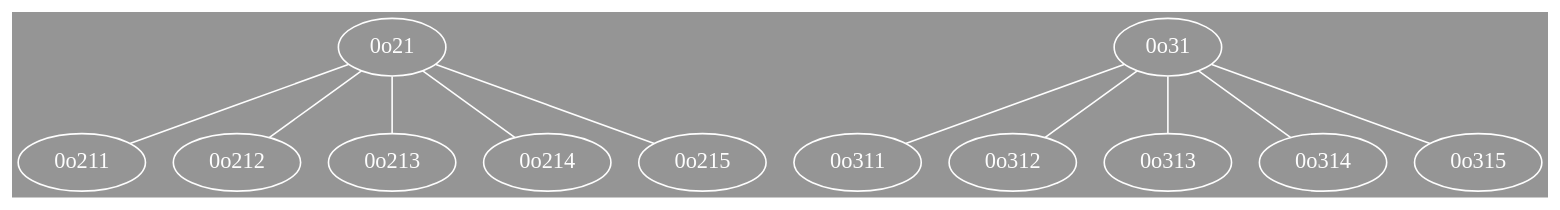
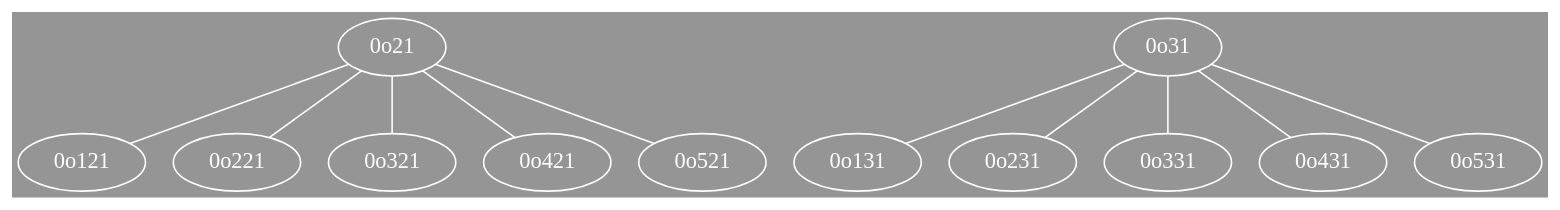
Before and after one commit to nRF24/CircuitPython_nRF24L01: the third of 3 diagrams in docs/network_docs/topology.rst, drawn with Graphviz. The commit also changed other lines of this file, not shown here.

Commit message:
fix topology graphs

```diff
--- a/docs/network_docs/topology.rst
+++ b/docs/network_docs/topology.rst
@@ -59,28 +59,28 @@
 .. graphviz::
     :caption: Network Level 2 (demonstrating only 2 child nodes as parents)
 
     digraph "NetworkTopology2" {
         bgcolor="#39393988";
         "0o21" [fontcolor="#FEFEFE" color="#FEFEFE"];
         "0o31" [fontcolor="#FEFEFE" color="#FEFEFE"];
-        "0o211" [fontcolor="#FEFEFE" color="#FEFEFE"];
-        "0o212" [fontcolor="#FEFEFE" color="#FEFEFE"];
-        "0o213" [fontcolor="#FEFEFE" color="#FEFEFE"];
-        "0o214" [fontcolor="#FEFEFE" color="#FEFEFE"];
-        "0o215" [fontcolor="#FEFEFE" color="#FEFEFE"];
-        "0o311" [fontcolor="#FEFEFE" color="#FEFEFE"];
-        "0o312" [fontcolor="#FEFEFE" color="#FEFEFE"];
-        "0o313" [fontcolor="#FEFEFE" color="#FEFEFE"];
-        "0o314" [fontcolor="#FEFEFE" color="#FEFEFE"];
-        "0o315" [fontcolor="#FEFEFE" color="#FEFEFE"];
-        "0o21" -> "0o211"  [arrowhead=none color="#FEFEFE"];
-        "0o21" -> "0o212"  [arrowhead=none color="#FEFEFE"];
-        "0o21" -> "0o213"  [arrowhead=none color="#FEFEFE"];
-        "0o21" -> "0o214"  [arrowhead=none color="#FEFEFE"];
-        "0o21" -> "0o215"  [arrowhead=none color="#FEFEFE"];
-        "0o31" -> "0o311"  [arrowhead=none color="#FEFEFE"];
-        "0o31" -> "0o312"  [arrowhead=none color="#FEFEFE"];
-        "0o31" -> "0o313"  [arrowhead=none color="#FEFEFE"];
-        "0o31" -> "0o314"  [arrowhead=none color="#FEFEFE"];
-        "0o31" -> "0o315"  [arrowhead=none color="#FEFEFE"];
+        "0o121" [fontcolor="#FEFEFE" color="#FEFEFE"];
+        "0o221" [fontcolor="#FEFEFE" color="#FEFEFE"];
+        "0o321" [fontcolor="#FEFEFE" color="#FEFEFE"];
+        "0o421" [fontcolor="#FEFEFE" color="#FEFEFE"];
+        "0o521" [fontcolor="#FEFEFE" color="#FEFEFE"];
+        "0o131" [fontcolor="#FEFEFE" color="#FEFEFE"];
+        "0o231" [fontcolor="#FEFEFE" color="#FEFEFE"];
+        "0o331" [fontcolor="#FEFEFE" color="#FEFEFE"];
+        "0o431" [fontcolor="#FEFEFE" color="#FEFEFE"];
+        "0o531" [fontcolor="#FEFEFE" color="#FEFEFE"];
+        "0o21" -> "0o121"  [arrowhead=none color="#FEFEFE"];
+        "0o21" -> "0o221"  [arrowhead=none color="#FEFEFE"];
+        "0o21" -> "0o321"  [arrowhead=none color="#FEFEFE"];
+        "0o21" -> "0o421"  [arrowhead=none color="#FEFEFE"];
+        "0o21" -> "0o521"  [arrowhead=none color="#FEFEFE"];
+        "0o31" -> "0o131"  [arrowhead=none color="#FEFEFE"];
+        "0o31" -> "0o231"  [arrowhead=none color="#FEFEFE"];
+        "0o31" -> "0o331"  [arrowhead=none color="#FEFEFE"];
+        "0o31" -> "0o431"  [arrowhead=none color="#FEFEFE"];
+        "0o31" -> "0o531"  [arrowhead=none color="#FEFEFE"];
     }
```
